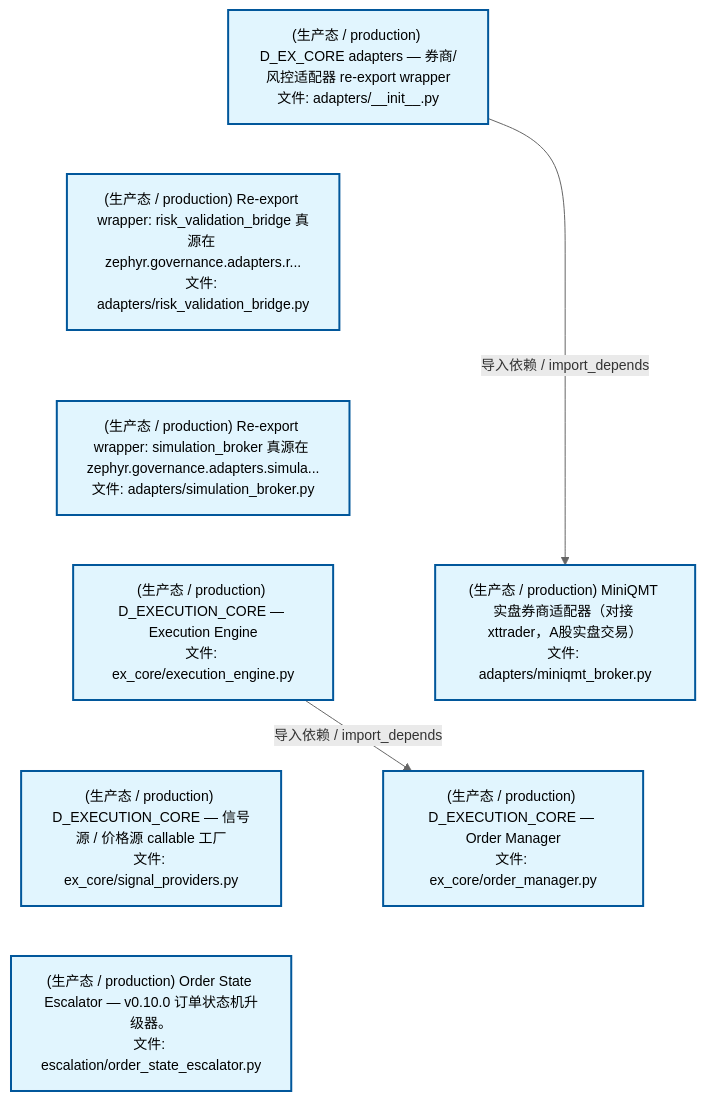
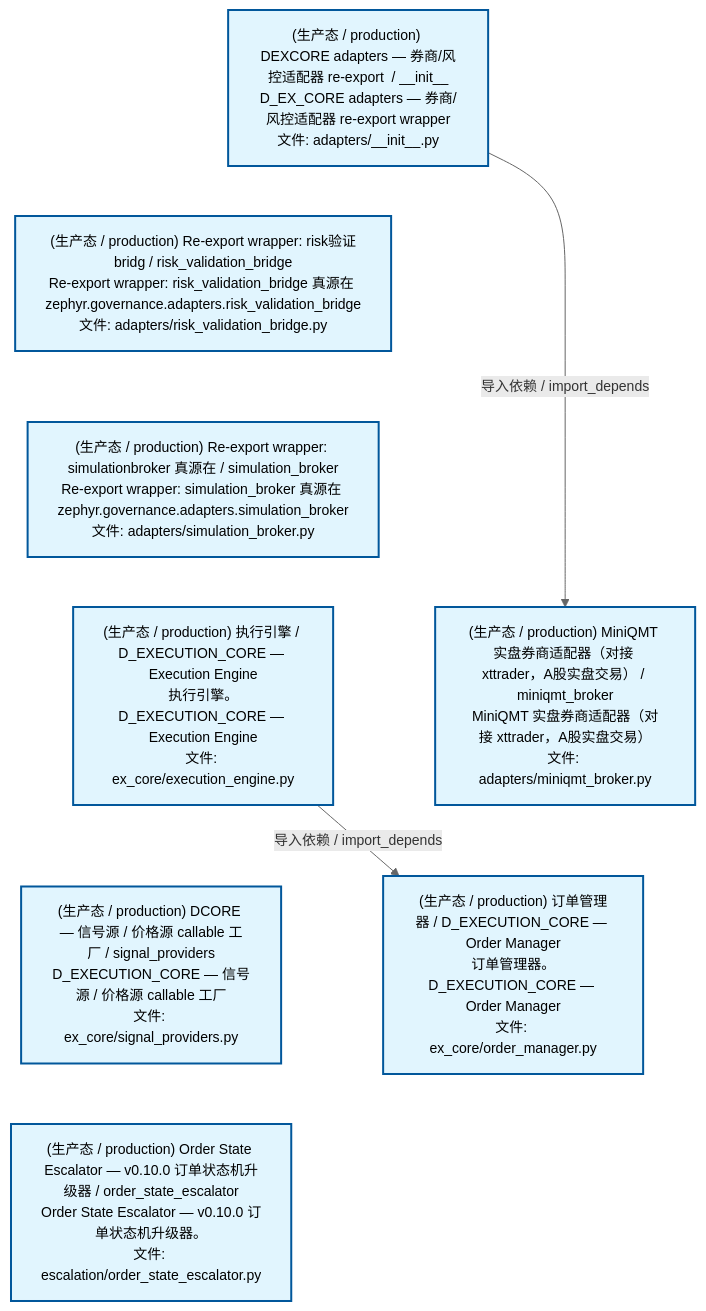
One commit to xuanFelixVan/ZephyrAlpha changed the second of 4 diagrams in docs/02_enterprise_architecture/02_domain_architecture_docs/44_d_ex_core.md. Above: the diagram before and after it, drawn with Mermaid. The commit also changed other lines of this file and 60 other files, not shown here.

````diff
--- a/docs/02_enterprise_architecture/02_domain_architecture_docs/44_d_ex_core.md
+++ b/docs/02_enterprise_architecture/02_domain_architecture_docs/44_d_ex_core.md
@@ -169,25 +169,25 @@
 ```mermaid
 %%{init: {'theme': 'base', 'themeVariables': {'primaryColor': '#eaeaea', 'primaryTextColor': '#333333', 'primaryBorderColor': '#666666', 'lineColor': '#666666', 'secondaryColor': '#eaeaea', 'tertiaryColor': '#eaeaea', 'fontSize': '14px'}}}%%
 flowchart TD
-    src_zephyr_ex_core_adapters_init_py["(生产态 / production) D_EX_CORE adapters — 券商/风控适配器 re-export wrapper<br/>文件: adapters/__init__.py"]
-    src_zephyr_ex_core_adapters_risk_validation_bridge_py["(生产态 / production) Re-export wrapper: risk_validation_bridge 真源在 zephyr.governance.adapters.r...<br/>文件: adapters/risk_validation_bridge.py"]
-    src_zephyr_ex_core_adapters_simulation_broker_py["(生产态 / production) Re-export wrapper: simulation_broker 真源在 zephyr.governance.adapters.simula...<br/>文件: adapters/simulation_broker.py"]
-    src_zephyr_ex_core_execution_engine_py["(生产态 / production) D_EXECUTION_CORE — Execution Engine<br/>文件: ex_core/execution_engine.py"]
-    src_zephyr_ex_core_signal_providers_py["(生产态 / production) D_EXECUTION_CORE — 信号源 / 价格源 callable 工厂<br/>文件: ex_core/signal_providers.py"]
-    src_zephyr_governance_escalation_order_state_escalator_py["(生产态 / production) Order State Escalator — v0.10.0 订单状态机升级器。<br/>文件: escalation/order_state_escalator.py"]
+    src_zephyr_ex_core_adapters_init_py["(生产态 / production) DEXCORE adapters — 券商/风控适配器 re-export  / __init__<br/>D_EX_CORE adapters — 券商/风控适配器 re-export wrapper<br/>文件: adapters/__init__.py"]
+    src_zephyr_ex_core_adapters_risk_validation_bridge_py["(生产态 / production) Re-export wrapper: risk验证bridg / risk_validation_bridge<br/>Re-export wrapper: risk_validation_bridge 真源在 zephyr.governance.adapters.risk_validation_bridge<br/>文件: adapters/risk_validation_bridge.py"]
+    src_zephyr_ex_core_adapters_simulation_broker_py["(生产态 / production) Re-export wrapper: simulationbroker 真源在 / simulation_broker<br/>Re-export wrapper: simulation_broker 真源在 zephyr.governance.adapters.simulation_broker<br/>文件: adapters/simulation_broker.py"]
+    src_zephyr_ex_core_execution_engine_py["(生产态 / production) 执行引擎 / D_EXECUTION_CORE — Execution Engine<br/>执行引擎。D_EXECUTION_CORE — Execution Engine<br/>文件: ex_core/execution_engine.py"]
+    src_zephyr_ex_core_signal_providers_py["(生产态 / production) DCORE — 信号源 / 价格源 callable 工厂 / signal_providers<br/>D_EXECUTION_CORE — 信号源 / 价格源 callable 工厂<br/>文件: ex_core/signal_providers.py"]
+    src_zephyr_governance_escalation_order_state_escalator_py["(生产态 / production) Order State Escalator — v0.10.0 订单状态机升级器 / order_state_escalator<br/>Order State Escalator — v0.10.0 订单状态机升级器。<br/>文件: escalation/order_state_escalator.py"]
     src_zephyr_ex_core_adapters_init_py ~~~ src_zephyr_ex_core_adapters_risk_validation_bridge_py
     src_zephyr_ex_core_adapters_risk_validation_bridge_py ~~~ src_zephyr_ex_core_adapters_simulation_broker_py
     src_zephyr_ex_core_adapters_simulation_broker_py ~~~ src_zephyr_ex_core_execution_engine_py
     src_zephyr_ex_core_execution_engine_py ~~~ src_zephyr_ex_core_signal_providers_py
     src_zephyr_ex_core_signal_providers_py ~~~ src_zephyr_governance_escalation_order_state_escalator_py
-    src_zephyr_ex_core_adapters_miniqmt_broker_py["(生产态 / production) MiniQMT 实盘券商适配器（对接 xttrader，A股实盘交易）<br/>文件: adapters/miniqmt_broker.py"]
-    src_zephyr_ex_core_order_manager_py["(生产态 / production) D_EXECUTION_CORE — Order Manager<br/>文件: ex_core/order_manager.py"]
+    src_zephyr_ex_core_adapters_miniqmt_broker_py["(生产态 / production) MiniQMT 实盘券商适配器（对接 xttrader，A股实盘交易） / miniqmt_broker<br/>MiniQMT 实盘券商适配器（对接 xttrader，A股实盘交易）<br/>文件: adapters/miniqmt_broker.py"]
+    src_zephyr_ex_core_order_manager_py["(生产态 / production) 订单管理器 / D_EXECUTION_CORE — Order Manager<br/>订单管理器。D_EXECUTION_CORE — Order Manager<br/>文件: ex_core/order_manager.py"]
     src_zephyr_ex_core_adapters_miniqmt_broker_py ~~~ src_zephyr_ex_core_order_manager_py
     src_zephyr_ex_core_execution_engine_py -->|导入依赖 / import_depends| src_zephyr_ex_core_order_manager_py
     src_zephyr_ex_core_adapters_init_py -->|导入依赖 / import_depends| src_zephyr_ex_core_adapters_miniqmt_broker_py
     classDef production fill:#e1f5fe,stroke:#01579b,stroke-width:2px,color:#000
     classDef design fill:#fff3e0,stroke:#e65100,stroke-width:2px,color:#000,stroke-dasharray: 5 5
     classDef external_prod fill:#e8f4fd,stroke:#0277bd,stroke-width:1px,color:#000
     classDef external_design fill:#fff8e7,stroke:#ef6c00,stroke-width:1px,color:#000,stroke-dasharray: 5 5
     class src_zephyr_ex_core_adapters_init_py,src_zephyr_ex_core_adapters_miniqmt_broker_py,src_zephyr_ex_core_adapters_risk_validation_bridge_py,src_zephyr_ex_core_adapters_simulation_broker_py,src_zephyr_ex_core_execution_engine_py,src_zephyr_ex_core_order_manager_py,src_zephyr_ex_core_signal_providers_py,src_zephyr_governance_escalation_order_state_escalator_py production
 ```
````
